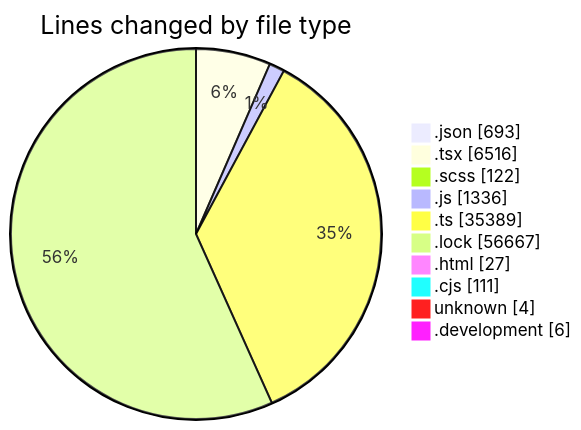
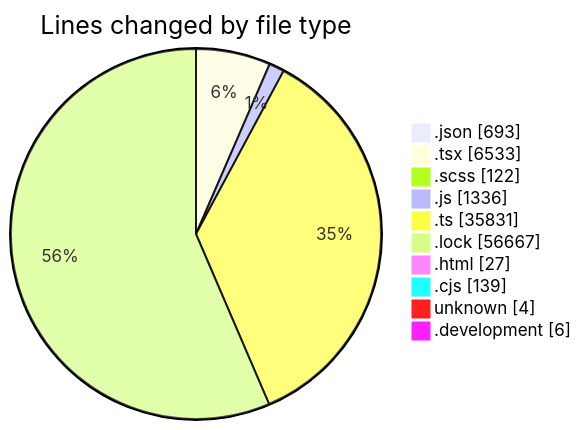
Before and after one commit to momahboobian/code-tracking: the first of 2 diagrams in 2026-09-03/cda/README.md, drawn with Mermaid. The commit also changed other lines of this file and 1 other file, not shown here.

````diff
--- a/2026-09-03/cda/README.md
+++ b/2026-09-03/cda/README.md
@@ -82,14 +82,14 @@
 ```mermaid
 pie showData
 title Lines changed by file type
 ".json" : 693
-".tsx" : 6516
+".tsx" : 6533
 ".scss" : 122
 ".js" : 1336
-".ts" : 35389
+".ts" : 35831
 ".lock" : 56667
 ".html" : 27
-".cjs" : 111
+".cjs" : 139
 "unknown" : 4
 ".development" : 6
 ```
````
